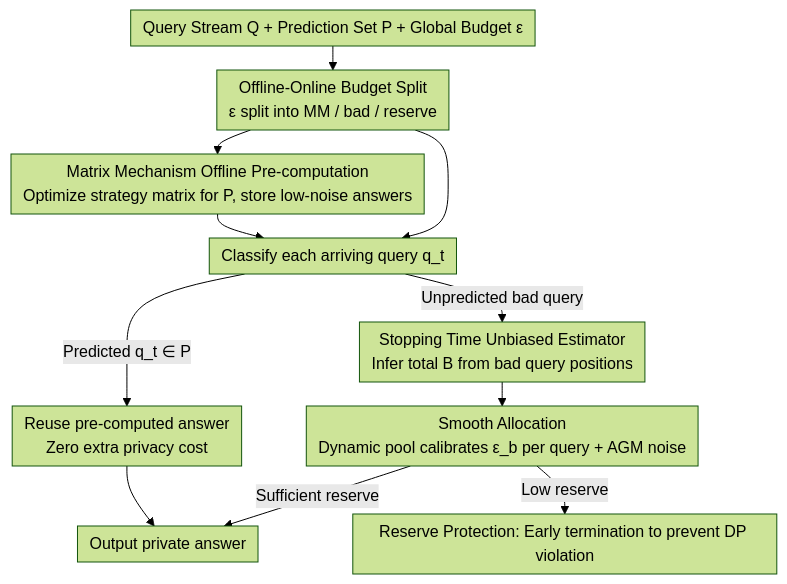
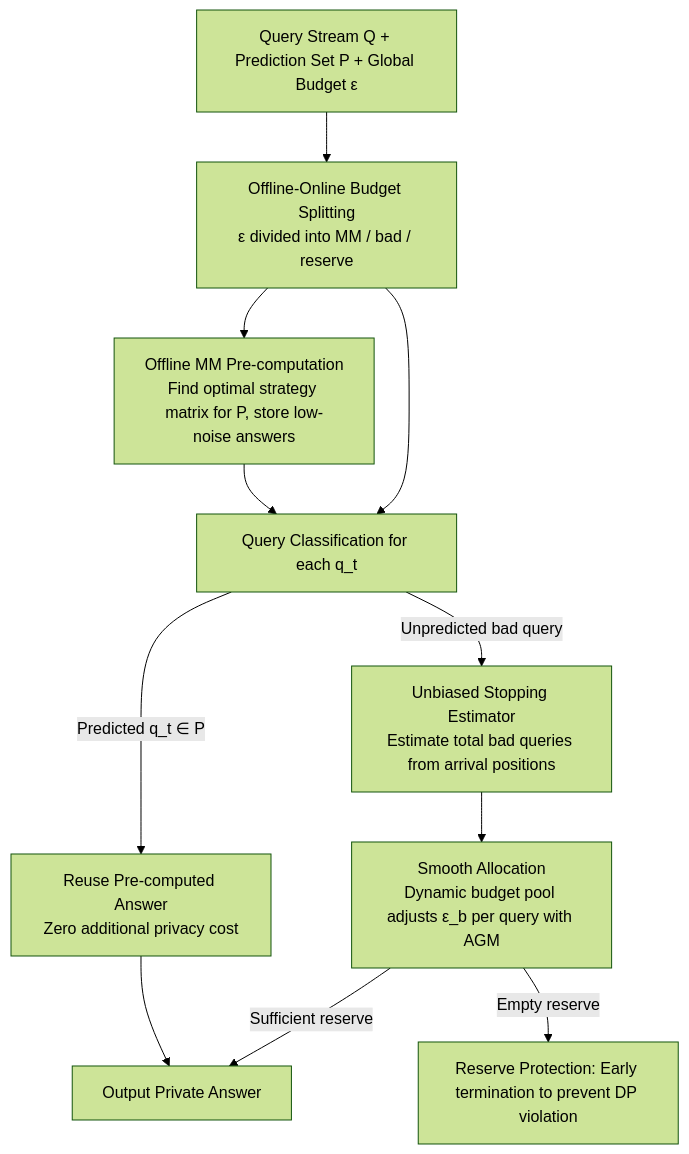
One commit to zhaoyang97/Paper-Notes-en changed the diagram in docs/ICML2026/ai_safety/lapras_learning-augmented_private_answering_for_linear_query_streams.md. Above: the diagram before and after it, drawn with Mermaid (forest theme). The commit also changed other lines of this file and 5084 other files, not shown here.

````diff
--- a/docs/ICML2026/ai_safety/lapras_learning-augmented_private_answering_for_linear_query_streams.md
+++ b/docs/ICML2026/ai_safety/lapras_learning-augmented_private_answering_for_linear_query_streams.md
@@ -42,14 +42,13 @@
 ```mermaid
-%%{init: {'flowchart': {'rankSpacing': 24, 'nodeSpacing': 28, 'padding': 6, 'wrappingWidth': 400}}}%%
-flowchart TD
-    A["Query Stream Q + Prediction Set P + Global Budget ε"] --> B["Offline-Online Budget Split<br/>ε split into MM / bad / reserve"]
-    B --> C["Matrix Mechanism Offline Pre-computation<br/>Optimize strategy matrix for P, store low-noise answers"]
-    B --> D["Classify each arriving query q_t"]
+graph TD
+    A["Query Stream Q + Prediction Set P + Global Budget ε"] --> B["Offline-Online Budget Splitting<br/>ε divided into MM / bad / reserve"]
+    B --> C["Offline MM Pre-computation<br/>Find optimal strategy matrix for P, store low-noise answers"]
+    B --> D["Query Classification for each q_t"]
     C --> D
-    D -->|Predicted q_t ∈ P| E["Reuse pre-computed answer<br/>Zero extra privacy cost"]
-    D -->|Unpredicted bad query| F["Stopping Time Unbiased Estimator<br/>Infer total B from bad query positions"]
-    F --> G["Smooth Allocation<br/>Dynamic pool calibrates ε_b per query + AGM noise"]
-    G -->|Sufficient reserve| H["Output private answer"]
-    G -->|Low reserve| I["Reserve Protection: Early termination to prevent DP violation"]
+    D -->|"Predicted q_t ∈ P"| E["Reuse Pre-computed Answer<br/>Zero additional privacy cost"]
+    D -->|"Unpredicted bad query"| F["Unbiased Stopping Estimator<br/>Estimate total bad queries from arrival positions"]
+    F --> G["Smooth Allocation<br/>Dynamic budget pool adjusts ε_b per query with AGM"]
+    G -->|"Sufficient reserve"| H["Output Private Answer"]
+    G -->|"Empty reserve"| I["Reserve Protection: Early termination to prevent DP violation"]
     E --> H
 ```
````
